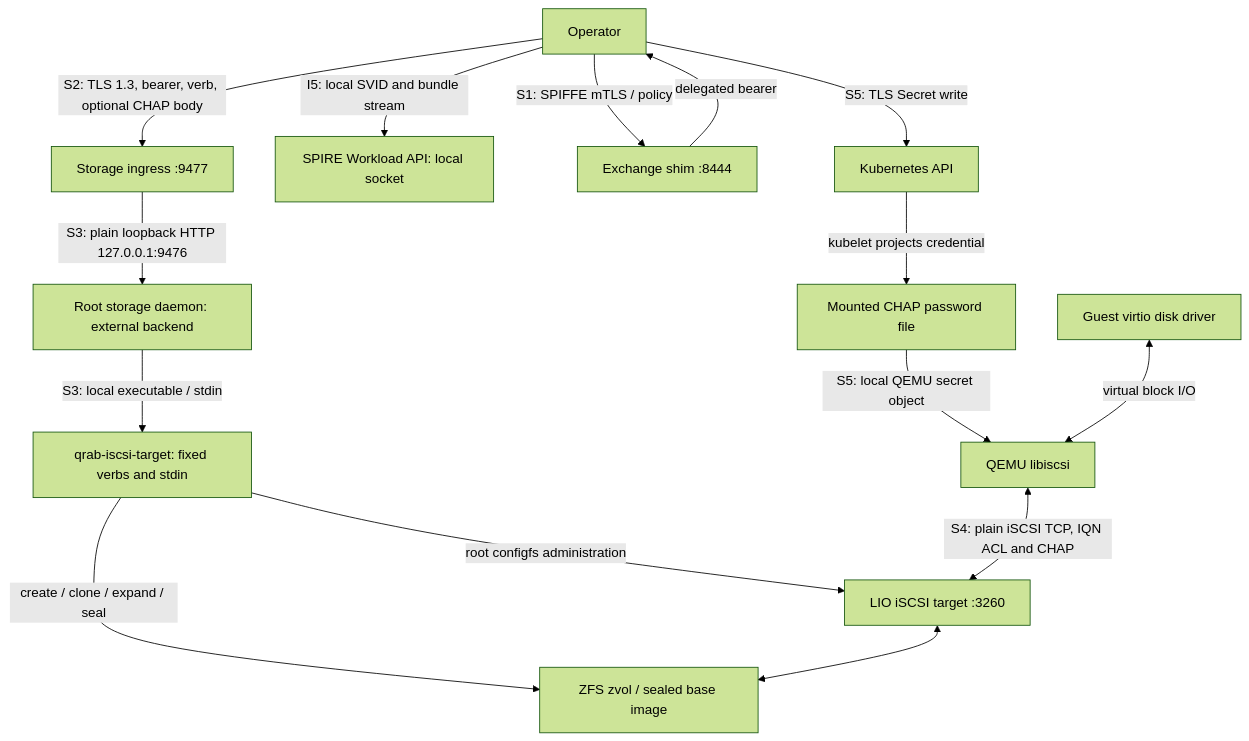
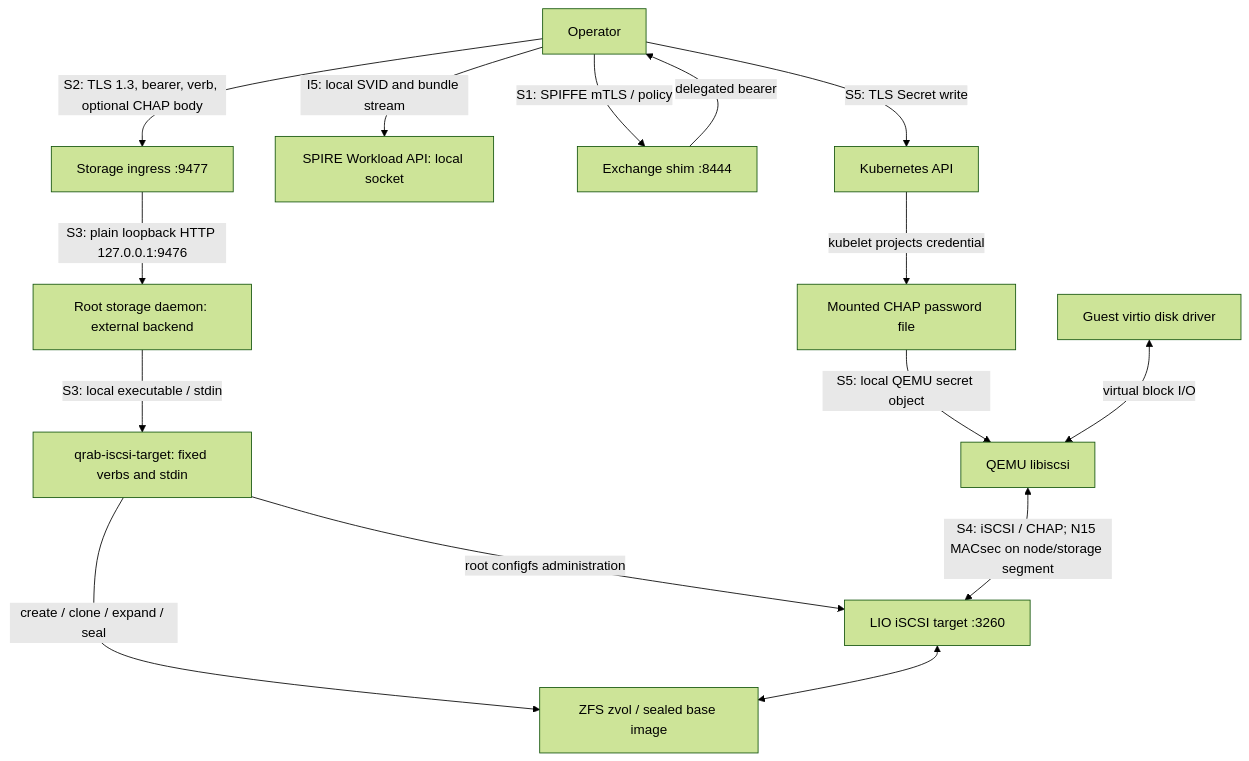
The fifth of 5 diagrams in docs/connections/data-paths.md (SamYaple/qrab), drawn with Mermaid (forest theme) before and after one commit. The commit also changed other lines of this file and 11 other files, not shown here.

````diff
--- a/docs/connections/data-paths.md
+++ b/docs/connections/data-paths.md
@@ -282,29 +331,29 @@
 ```mermaid
 flowchart TB
     api["Kubernetes API"]
     spire["SPIRE Workload API: local socket"]
     operator["Operator"]
     shim["Exchange shim :8444"]
     ingress["Storage ingress :9477"]
     daemon["Root storage daemon: external backend"]
     wrapper["qrab-iscsi-target: fixed verbs and stdin"]
     lio["LIO iSCSI target :3260"]
     zfs["ZFS zvol / sealed base image"]
     secret["Mounted CHAP password file"]
     qemu["QEMU libiscsi"]
     guest["Guest virtio disk driver"]
     operator -->|"I5: local SVID and bundle stream"| spire
     operator -->|"S1: SPIFFE mTLS / policy"| shim
     shim -->|"delegated bearer"| operator
     operator -->|"S2: TLS 1.3, bearer, verb, optional CHAP body"| ingress
     ingress -->|"S3: plain loopback HTTP 127.0.0.1:9476"| daemon
     daemon -->|"S3: local executable / stdin"| wrapper
     wrapper -->|"root configfs administration"| lio
     wrapper -->|"create / clone / expand / seal"| zfs
     lio <--> zfs
     operator -->|"S5: TLS Secret write"| api
     api -->|"kubelet projects credential"| secret
     secret -->|"S5: local QEMU secret object"| qemu
     guest <-->|"virtual block I/O"| qemu
-    qemu <-->|"S4: plain iSCSI TCP, IQN ACL and CHAP"| lio
+    qemu <-->|"S4: iSCSI / CHAP; N15 MACsec on node/storage segment"| lio
 ```
````
